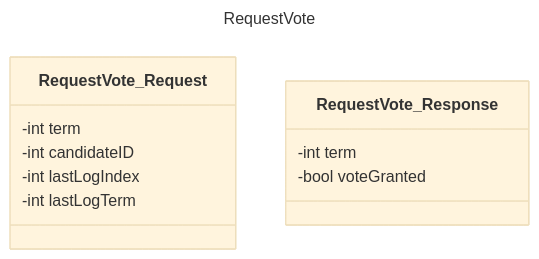
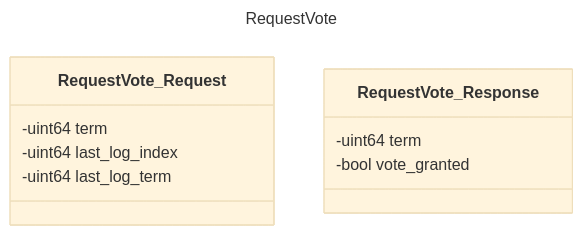
One commit to OpenCyphal-Garage/cyraft changed the second of 3 diagrams in README.md. Above: the diagram before and after it, drawn with Mermaid (base theme). The commit also changed other lines of this file and 1 other file, not shown here.

````diff
--- a/README.md
+++ b/README.md
@@ -277,18 +147,16 @@
 ```mermaid
 ---
 title: RequestVote
 ---
 classDiagram
     class RequestVote_Request{
-        -int term
-        -int candidateID
-        -int lastLogIndex
-        -int lastLogTerm
+        -uint64 term
+        -uint64 last_log_index
+        -uint64 last_log_term
     }
 
     class RequestVote_Response{
-        -int term
-        -bool voteGranted
-
+        -uint64 term
+        -bool vote_granted
     }
 ```
````
